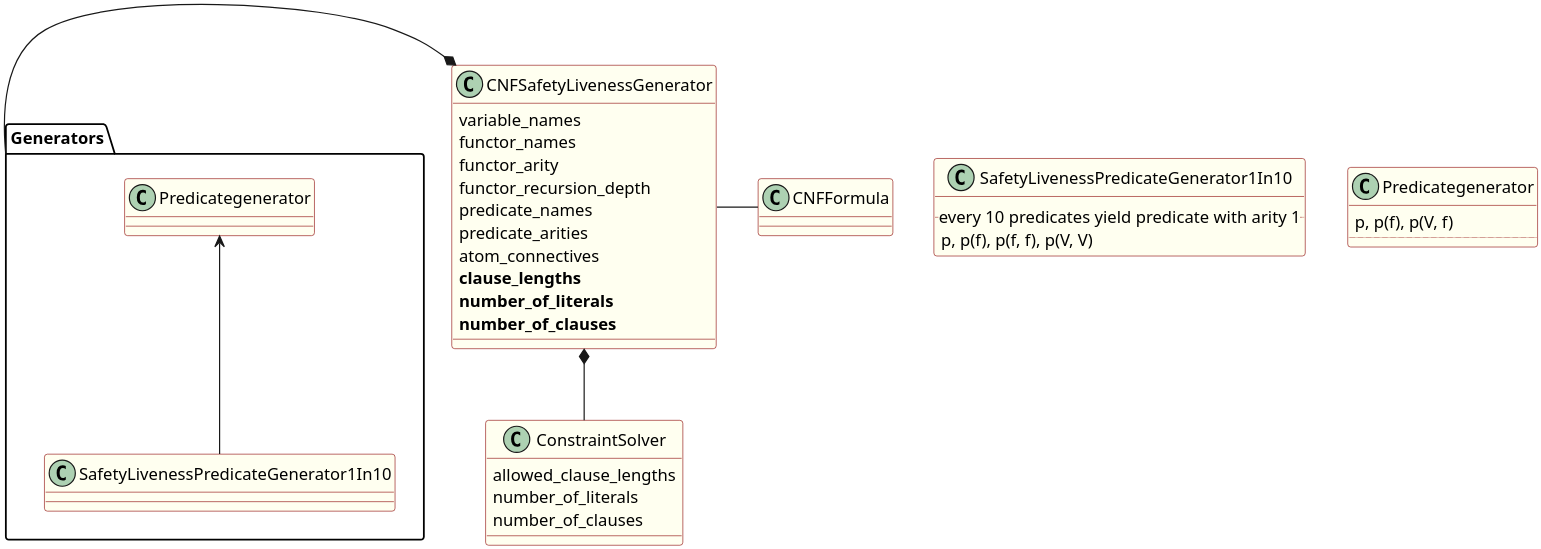
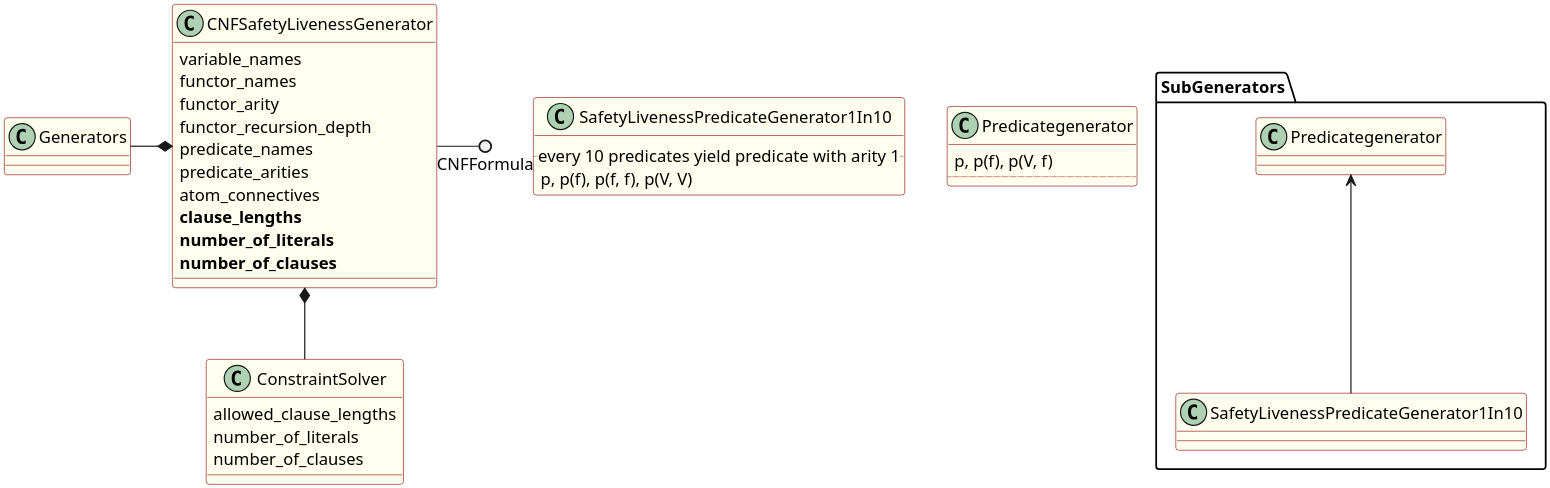
The diagram in logic-formula-generator/fol/safety_liveness_predicate_generator_1_in_10.puml (Mateusz-Grzelinski/set-research-documentation), drawn with PlantUML before and after one commit. The commit also changed 20 other files, not shown here.

```diff
--- a/logic-formula-generator/fol/safety_liveness_predicate_generator_1_in_10.puml
+++ b/logic-formula-generator/fol/safety_liveness_predicate_generator_1_in_10.puml
@@ -1,46 +1,46 @@
 @startuml
 skinparam dpi 300
 
 skinparam class {
   backgroundColor Ivory
   borderColor DarkRed
 }
 
-package Generators {
+package SubGenerators {
   Predicategenerator <-- SafetyLivenessPredicateGenerator1In10
 }
 
 Generators -* CNFSafetyLivenessGenerator
 CNFSafetyLivenessGenerator *-- ConstraintSolver
-CNFSafetyLivenessGenerator - CNFFormula
+CNFSafetyLivenessGenerator -() CNFFormula
 
 class CNFSafetyLivenessGenerator {
   variable_names 
   functor_names 
   functor_arity 
   functor_recursion_depth 
   predicate_names
   predicate_arities
   atom_connectives
   **clause_lengths**
   **number_of_literals**
   **number_of_clauses**
 }
 
 class ConstraintSolver {
   allowed_clause_lengths
   number_of_literals
   number_of_clauses
 }
 
 class SafetyLivenessPredicateGenerator1In10 {
 ..every 10 predicates yield predicate with arity 1..
   p, p(f), p(f, f), p(V, V)
 }
 
 class Predicategenerator {
 	p, p(f), p(V, f)
 	..
 }
 
 @enduml
```
